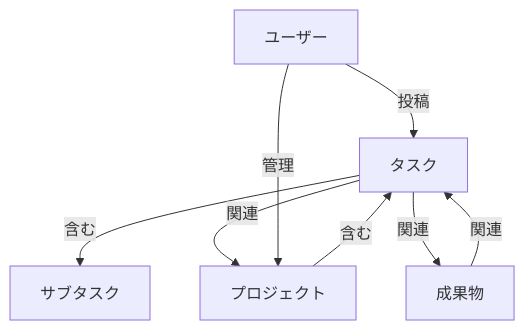
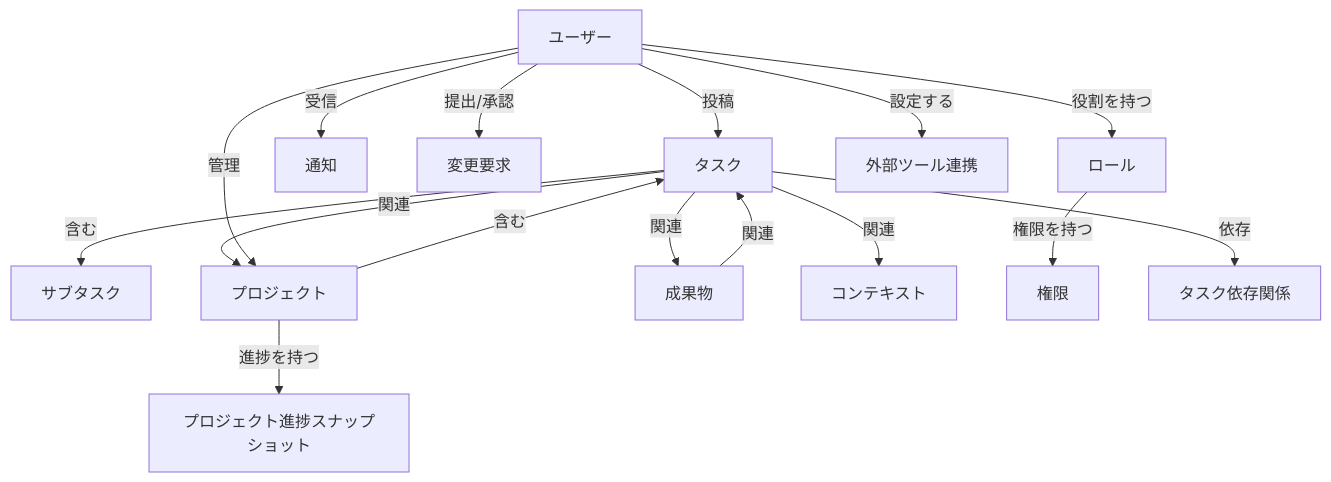
One commit to mahitotsu/tas9s10ream changed the first of 4 diagrams in docs/data-model/data-model.md. Above: the diagram before and after it, drawn with Mermaid. The commit also changed other lines of this file and 12 other files, not shown here.

````diff
--- a/docs/data-model/data-model.md
+++ b/docs/data-model/data-model.md
@@ -30,10 +30,18 @@
 ```mermaid
 graph TD
     A[ユーザー] -- 投稿 --> B[タスク];
     B -- 含む --> C[サブタスク];
     B -- 関連 --> D[プロジェクト];
     D -- 含む --> B;
     B -- 関連 --> E[成果物];
     E -- 関連 --> B;
     A -- 管理 --> D;
+    B -- 関連 --> F[コンテキスト];
+    A -- 受信 --> G[通知];
+    A -- 提出/承認 --> H[変更要求];
+    A -- 役割を持つ --> I[ロール];
+    I -- 権限を持つ --> J[権限];
+    B -- 依存 --> K[タスク依存関係];
+    D -- 進捗を持つ --> L[プロジェクト進捗スナップショット];
+    A -- 設定する --> M[外部ツール連携];
 ```
````
